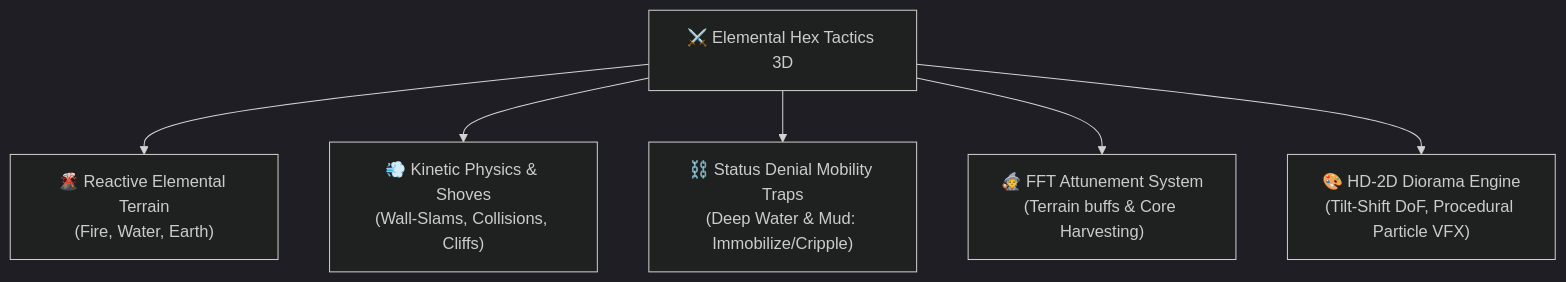
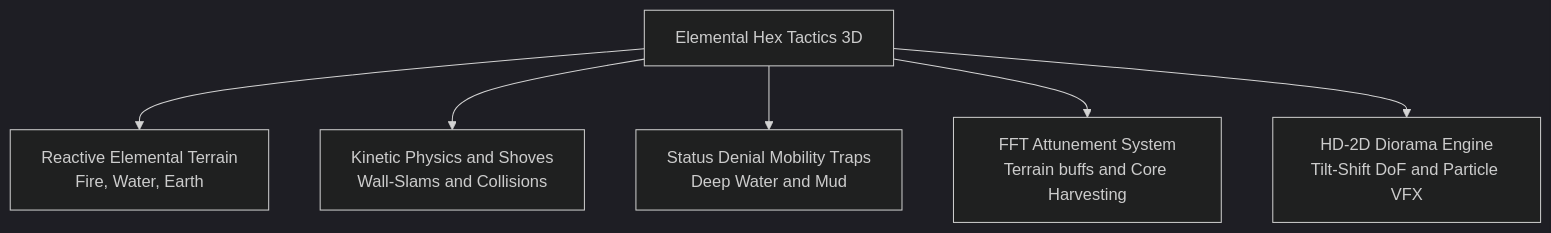
One commit to HackerMan998/ElementalHexTactics3D changed the diagram in wiki/Home.md. Above: the diagram before and after it, drawn with Mermaid (dark theme). The commit also changed other lines of this file and 7 other files, not shown here.

Commit message:
docs: sync mermaid diagram fixes to wiki folder

````diff
--- a/wiki/Home.md
+++ b/wiki/Home.md
@@ -7,8 +7,8 @@
 ```mermaid
-graph TD
-    A["⚔️ Elemental Hex Tactics 3D"] --> B["🌋 Reactive Elemental Terrain\n(Fire, Water, Earth)"]
-    A --> C["💨 Kinetic Physics & Shoves\n(Wall-Slams, Collisions, Cliffs)"]
-    A --> D["⛓️ Status Denial Mobility Traps\n(Deep Water & Mud: Immobilize/Cripple)"]
-    A --> E["🧙 FFT Attunement System\n(Terrain buffs & Core Harvesting)"]
-    A --> F["🎨 HD-2D Diorama Engine\n(Tilt-Shift DoF, Procedural Particle VFX)"]
+flowchart TD
+    A["Elemental Hex Tactics 3D"] --> B["Reactive Elemental Terrain<br/>Fire, Water, Earth"]
+    A --> C["Kinetic Physics and Shoves<br/>Wall-Slams and Collisions"]
+    A --> D["Status Denial Mobility Traps<br/>Deep Water and Mud"]
+    A --> E["FFT Attunement System<br/>Terrain buffs and Core Harvesting"]
+    A --> F["HD-2D Diorama Engine<br/>Tilt-Shift DoF and Particle VFX"]
 ```
````
